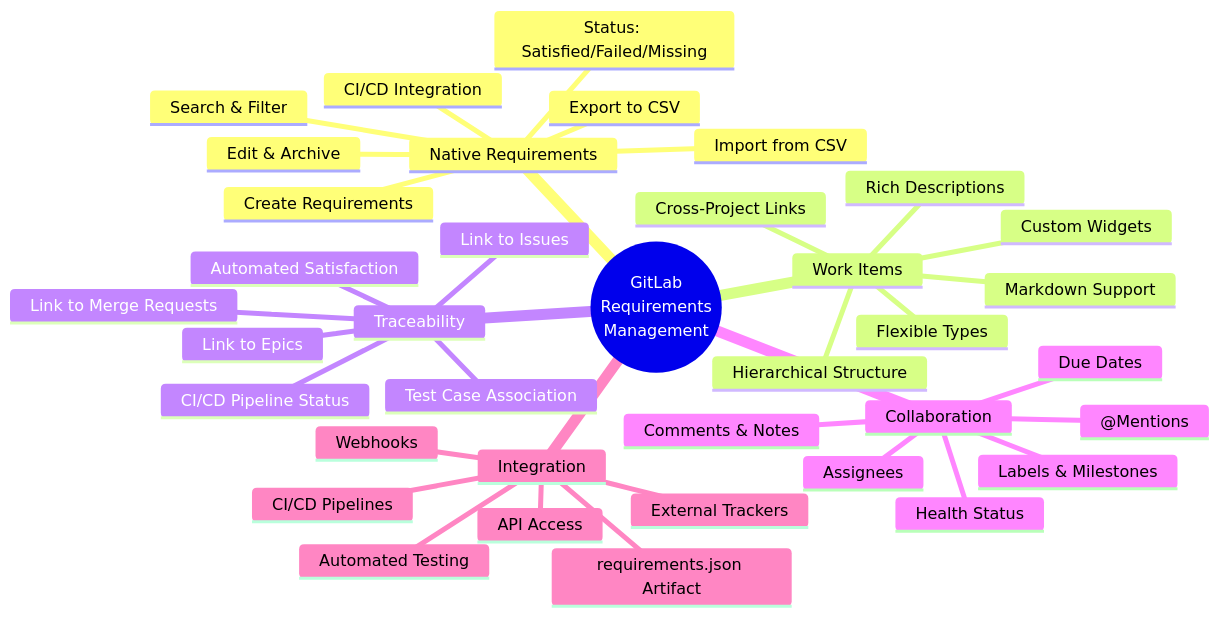
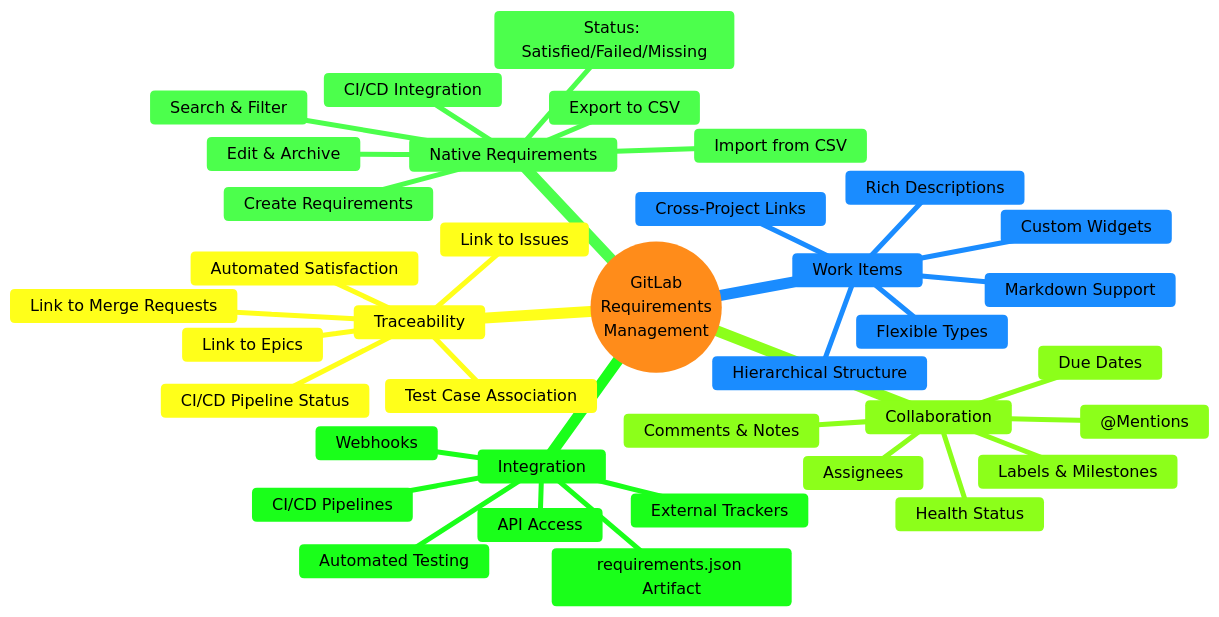
One commit to gitpavleenbali/DevOps-PPT-People-Processes-and-Tools changed diagram 28 of 39 in Requirement Management/RequirementManagement.md. Above: the diagram before and after it, drawn with Mermaid. The commit also changed other lines of this file, not shown here.

Commit message:
Fix diagram text visibility

````diff
--- a/Requirement Management/RequirementManagement.md
+++ b/Requirement Management/RequirementManagement.md
@@ -1078,40 +1084,41 @@
 ```mermaid
+%%{init: {'theme':'base', 'themeVariables': { 'primaryColor':'#ffcc99','primaryTextColor':'#000','primaryBorderColor':'#000','lineColor':'#000','secondaryColor':'#ccffcc','tertiaryColor':'#99ccff'}}}%%
 mindmap
   root((GitLab<br/>Requirements<br/>Management))
     Native Requirements
       Create Requirements
       Edit & Archive
       Search & Filter
       Import from CSV
       Export to CSV
       CI/CD Integration
       Status: Satisfied/Failed/Missing
     Work Items
       Flexible Types
       Custom Widgets
       Hierarchical Structure
       Cross-Project Links
       Rich Descriptions
       Markdown Support
     Traceability
       Link to Issues
       Link to Merge Requests
       Link to Epics
       Test Case Association
       CI/CD Pipeline Status
       Automated Satisfaction
     Collaboration
       Comments & Notes
       @Mentions
       Assignees
       Due Dates
       Health Status
       Labels & Milestones
     Integration
       CI/CD Pipelines
       requirements.json Artifact
       Automated Testing
       API Access
       Webhooks
       External Trackers
 ```
````
